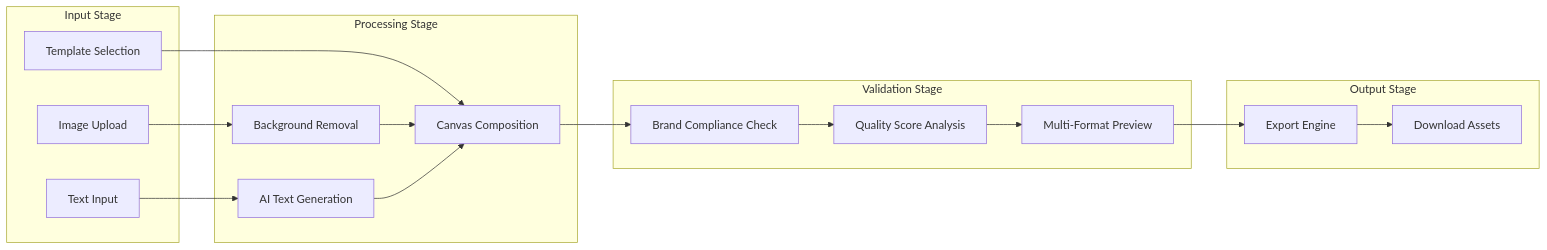
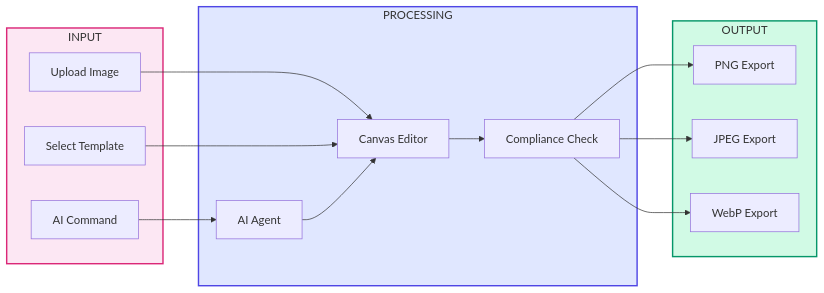
Before and after one commit to yashodipmore/RetailSyncAI: diagram 13 of 15 in README.md, drawn with Mermaid. The commit also changed other lines of this file and 16 other files, not shown here.

First line of the commit message:
Major Update: Professional Home Page, Team Section, Architecture & R&D Docs

````diff
--- a/README.md
+++ b/README.md
@@ -214,39 +442,33 @@
 ```mermaid
 flowchart LR
-    subgraph Input["Input Stage"]
-        Upload[Image Upload]
-        Template[Template Selection]
-        Text[Text Input]
+    subgraph Input[" INPUT"]
+        Upload[Upload Image]
+        Command[AI Command]
+        Template[Select Template]
     end
 
-    subgraph Processing["Processing Stage"]
-        BGRemove[Background Removal]
-        AIGen[AI Text Generation]
-        Compose[Canvas Composition]
+    subgraph Process[" PROCESSING"]
+        Canvas[Canvas Editor]
+        AI[AI Agent]
+        Compliance[Compliance Check]
     end
 
-    subgraph Validation["Validation Stage"]
-        Brand[Brand Compliance Check]
-        Quality[Quality Score Analysis]
-        Preview[Multi-Format Preview]
+    subgraph Output[" OUTPUT"]
+        PNG[PNG Export]
+        JPEG[JPEG Export]
+        WebP[WebP Export]
     end
 
-    subgraph Output["Output Stage"]
-        Export[Export Engine]
-        Download[Download Assets]
-    end
+    Upload --> Canvas
+    Command --> AI
+    Template --> Canvas
+    AI --> Canvas
+    Canvas --> Compliance
+    Compliance --> PNG
+    Compliance --> JPEG
+    Compliance --> WebP
 
-    Upload --> BGRemove
-    Template --> Compose
-    Text --> AIGen
-    
-    BGRemove --> Compose
-    AIGen --> Compose
-    
-    Compose --> Brand
-    Brand --> Quality
-    Quality --> Preview
-    
-    Preview --> Export
-    Export --> Download
+    style Input fill:#fce7f3,stroke:#db2777,stroke-width:2px
+    style Process fill:#e0e7ff,stroke:#4f46e5,stroke-width:2px
+    style Output fill:#d1fae5,stroke:#059669,stroke-width:2px
 ```
````
